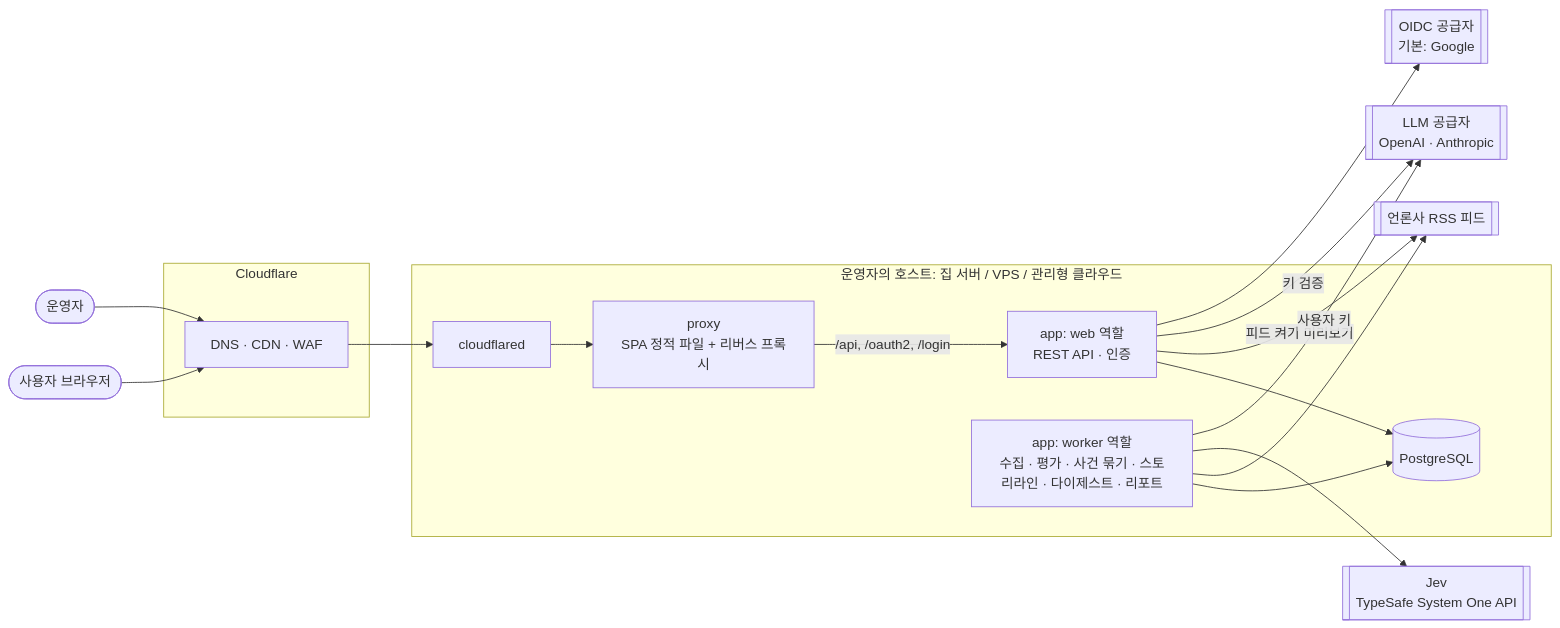
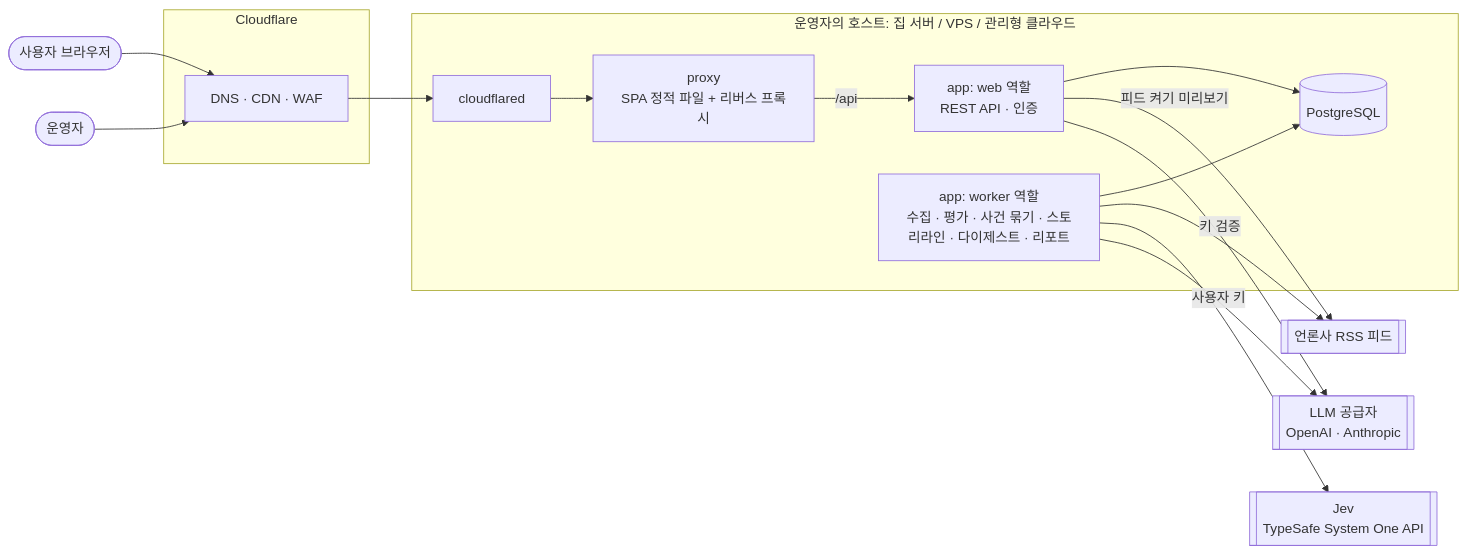
The first of 2 diagrams in docs/overview.md (Theia0382/yozm-news), drawn with Mermaid before and after one commit. The commit also changed other lines of this file and 8 other files, not shown here.

````diff
--- a/docs/overview.md
+++ b/docs/overview.md
@@ -75,31 +76,29 @@
 ```mermaid
 flowchart LR
     user([사용자 브라우저])
     admin([운영자])
     subgraph CF[Cloudflare]
         edge[DNS · CDN · WAF]
     end
     subgraph Host[운영자의 호스트: 집 서버 / VPS / 관리형 클라우드]
         tunnel[cloudflared]
         proxy[proxy<br/>SPA 정적 파일 + 리버스 프록시]
         web[app: web 역할<br/>REST API · 인증]
         worker[app: worker 역할<br/>수집 · 평가 · 사건 묶기 · 스토리라인 · 다이제스트 · 리포트]
         db[(PostgreSQL)]
     end
     feeds[[언론사 RSS 피드]]
     jev[[Jev<br/>TypeSafe System One API]]
     llm[[LLM 공급자<br/>OpenAI · Anthropic]]
-    oauth[[OIDC 공급자<br/>기본: Google]]
 
     user --> edge --> tunnel --> proxy
     admin --> edge
-    proxy -->|/api, /oauth2, /login| web
+    proxy -->|/api| web
     web --> db
     worker --> db
     worker --> feeds
     web -->|피드 켜기 미리보기| feeds
     worker --> jev
     worker -->|사용자 키| llm
     web -->|키 검증| llm
-    web --> oauth
 ```
````
